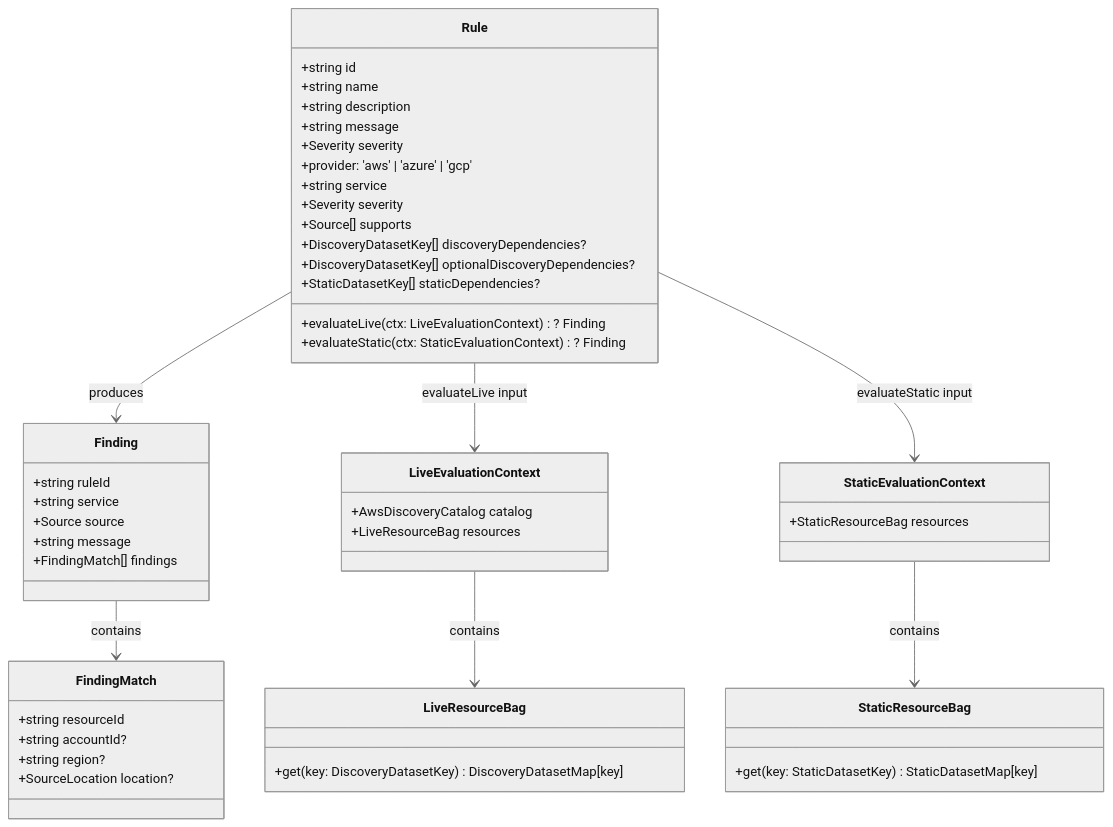
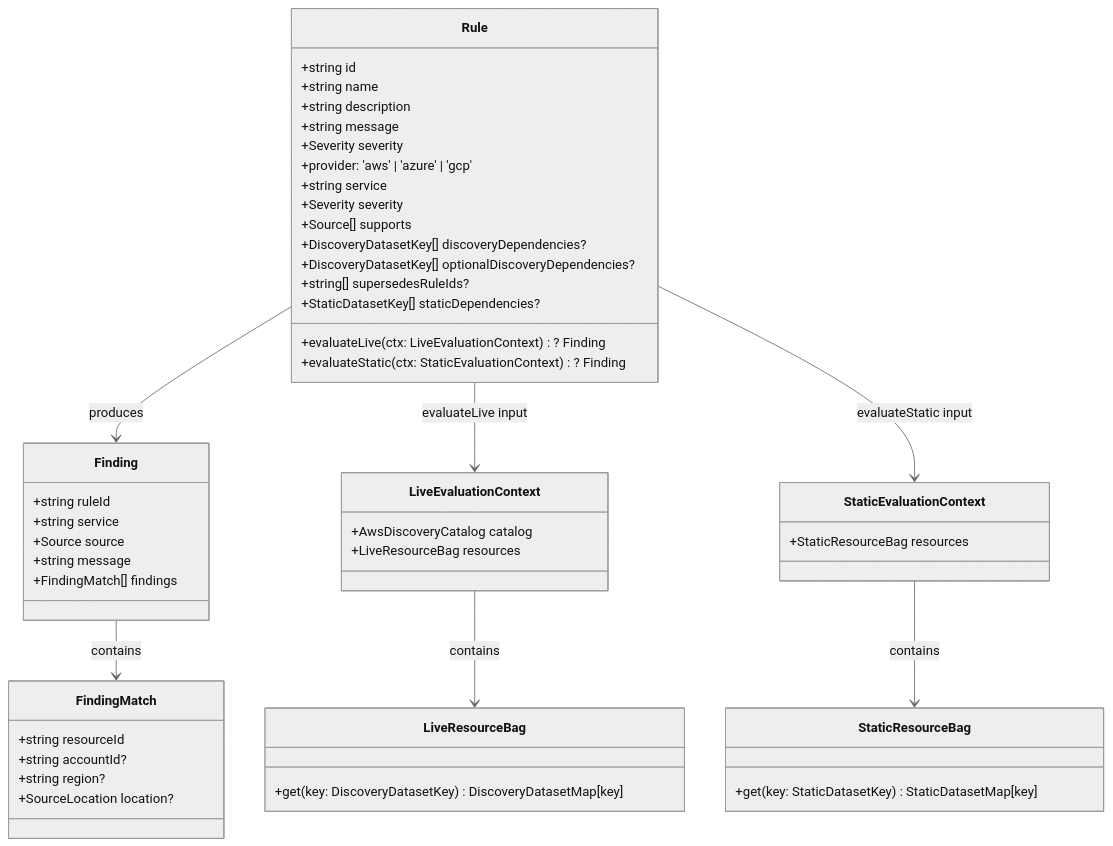
Before and after one commit to towardsthecloud/cloudburn: the first of 2 diagrams in docs/architecture/rules.md, drawn with Mermaid (neutral theme). The commit also changed other lines of this file and 22 other files, not shown here.

````diff
--- a/docs/architecture/rules.md
+++ b/docs/architecture/rules.md
@@ -5,58 +5,59 @@
 ```mermaid
 classDiagram
   class Rule {
     +string id
     +string name
     +string description
     +string message
     +Severity severity
     +provider: 'aws' | 'azure' | 'gcp'
     +string service
     +Severity severity
     +Source[] supports
     +DiscoveryDatasetKey[] discoveryDependencies?
     +DiscoveryDatasetKey[] optionalDiscoveryDependencies?
+    +string[] supersedesRuleIds?
     +StaticDatasetKey[] staticDependencies?
     +evaluateLive(ctx: LiveEvaluationContext)? Finding
     +evaluateStatic(ctx: StaticEvaluationContext)? Finding
   }
 
   class Finding {
     +string ruleId
     +string service
     +Source source
     +string message
     +FindingMatch[] findings
   }
 
   class FindingMatch {
     +string resourceId
     +string accountId?
     +string region?
     +SourceLocation location?
   }
 
   class LiveEvaluationContext {
     +AwsDiscoveryCatalog catalog
     +LiveResourceBag resources
   }
 
   class LiveResourceBag {
     +get(key: DiscoveryDatasetKey) DiscoveryDatasetMap[key]
   }
 
   class StaticResourceBag {
     +get(key: StaticDatasetKey) StaticDatasetMap[key]
   }
 
   class StaticEvaluationContext {
     +StaticResourceBag resources
   }
 
   Rule --> Finding : produces
   Finding --> FindingMatch : contains
   Rule --> LiveEvaluationContext : evaluateLive input
   LiveEvaluationContext --> LiveResourceBag : contains
   Rule --> StaticEvaluationContext : evaluateStatic input
   StaticEvaluationContext --> StaticResourceBag : contains
 ```
````
